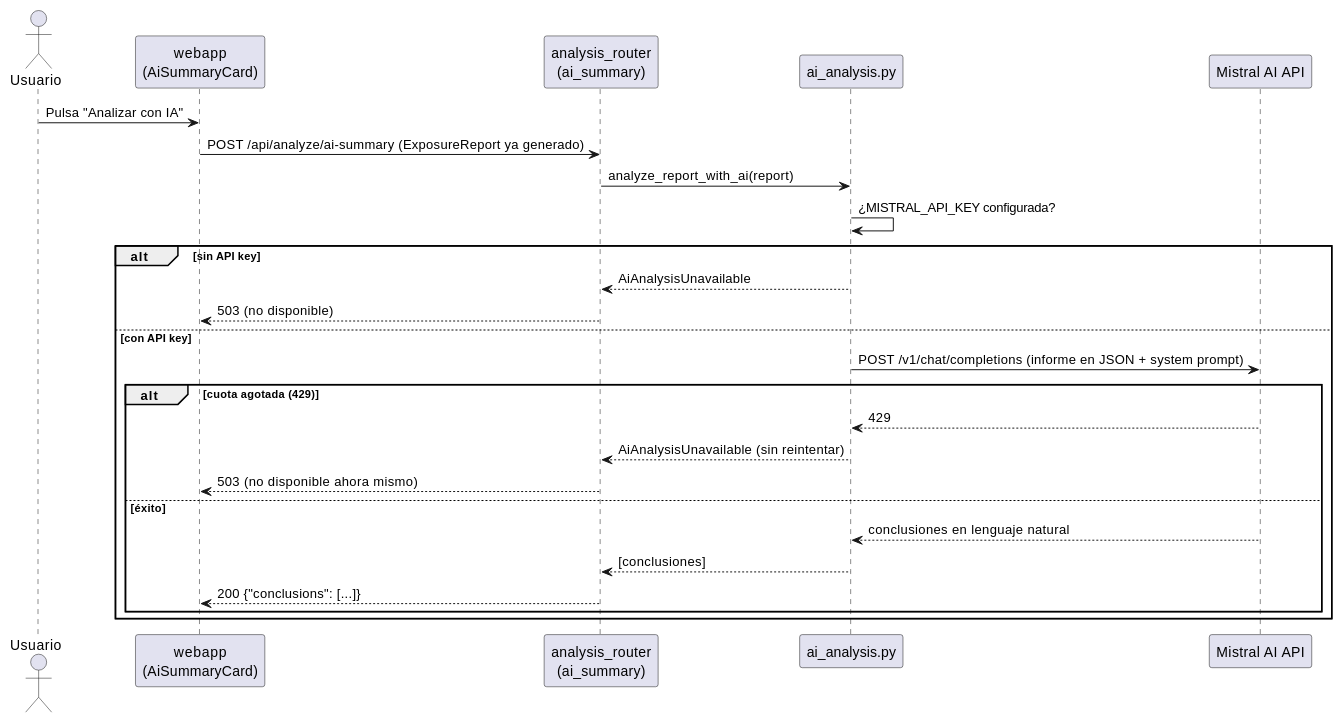
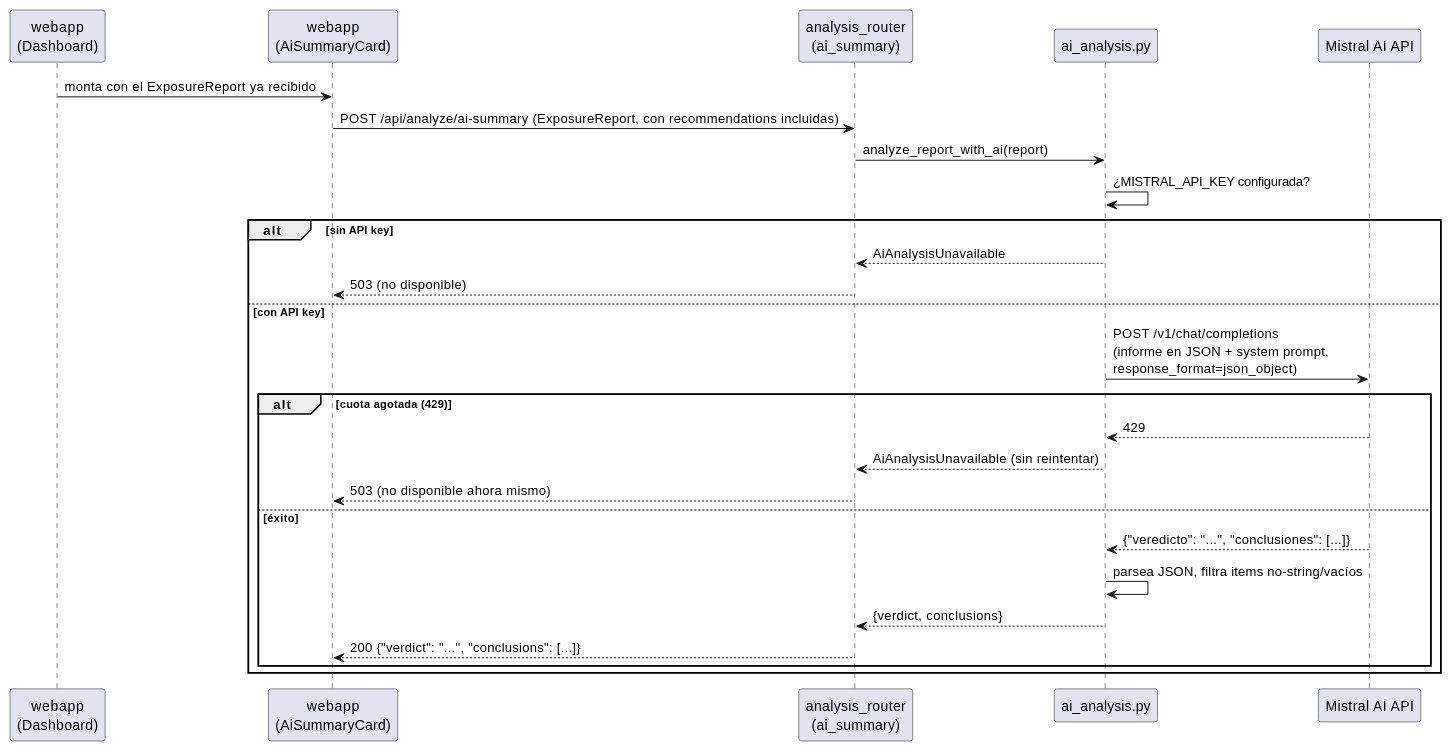
The fourth of 6 diagrams in docs/src/06_runtime_view.adoc (nacho50900/AmITraceable), drawn with PlantUML before and after one commit. The commit also changed other lines of this file and 11 other files, not shown here.

```diff
--- a/docs/src/06_runtime_view.adoc
+++ b/docs/src/06_runtime_view.adoc
@@ -107,28 +125,29 @@
 [plantuml, "Secuencia de análisis con IA", png]
 ----
-actor Usuario
-participant "webapp\n(AiSummaryCard)" as FE
+participant "webapp\n(Dashboard)" as FE
+participant "webapp\n(AiSummaryCard)" as Card
 participant "analysis_router\n(ai_summary)" as Router
 participant "ai_analysis.py" as AI
 participant "Mistral AI API" as Mistral
 
-Usuario -> FE: Pulsa "Analizar con IA"
-FE -> Router: POST /api/analyze/ai-summary (ExposureReport ya generado)
+FE -> Card: monta con el ExposureReport ya recibido
+Card -> Router: POST /api/analyze/ai-summary (ExposureReport, con recommendations incluidas)
 Router -> AI: analyze_report_with_ai(report)
 AI -> AI: ¿MISTRAL_API_KEY configurada?
 alt sin API key
   AI --> Router: AiAnalysisUnavailable
-  Router --> FE: 503 (no disponible)
+  Router --> Card: 503 (no disponible)
 else con API key
-  AI -> Mistral: POST /v1/chat/completions (informe en JSON + system prompt)
+  AI -> Mistral: POST /v1/chat/completions\n(informe en JSON + system prompt,\nresponse_format=json_object)
   alt cuota agotada (429)
     Mistral --> AI: 429
     AI --> Router: AiAnalysisUnavailable (sin reintentar)
-    Router --> FE: 503 (no disponible ahora mismo)
+    Router --> Card: 503 (no disponible ahora mismo)
   else éxito
-    Mistral --> AI: conclusiones en lenguaje natural
-    AI --> Router: [conclusiones]
-    Router --> FE: 200 {"conclusions": [...]}
+    Mistral --> AI: {"veredicto": "...", "conclusiones": [...]}
+    AI -> AI: parsea JSON, filtra items no-string/vacíos
+    AI --> Router: {verdict, conclusions}
+    Router --> Card: 200 {"verdict": "...", "conclusions": [...]}
   end
 end
 ----
```
